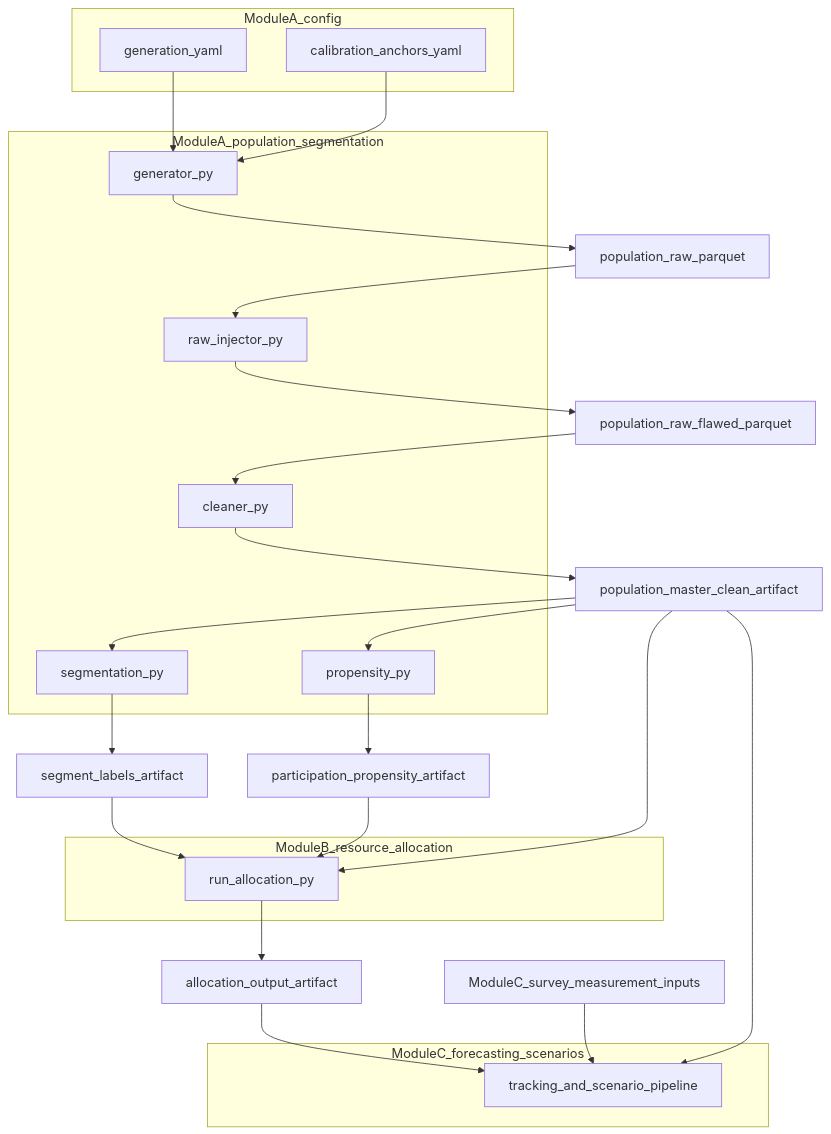
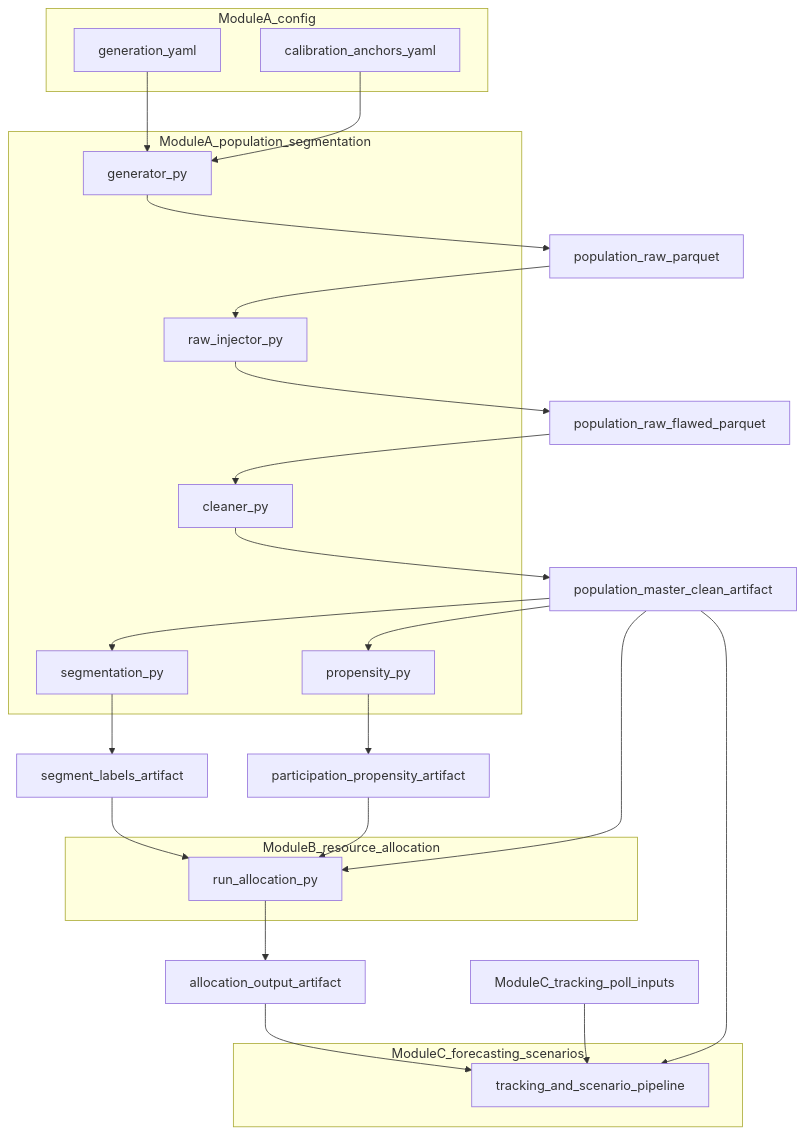
Before and after one commit to RafaelBraga-Kribitz/decision-analytics-reconstruction: the first of 2 diagrams in ARCHITECTURE.md, drawn with Mermaid. The commit also changed other lines of this file and 18 other files, not shown here.

````diff
--- a/ARCHITECTURE.md
+++ b/ARCHITECTURE.md
@@ -42,39 +42,39 @@
 ```mermaid
 flowchart TB
   subgraph modA_cfg [ModuleA_config]
     gy[generation_yaml]
     ca[calibration_anchors_yaml]
   end
   subgraph modA_run [ModuleA_population_segmentation]
     gn[generator_py]
     ri[raw_injector_py]
     cl[cleaner_py]
     sg[segmentation_py]
     pr[propensity_py]
   end
   gy --> gn
   ca --> gn
   gn --> araw[population_raw_parquet]
   araw --> ri
   ri --> aflawed[population_raw_flawed_parquet]
   aflawed --> cl
   cl --> pcmc[population_master_clean_artifact]
   pcmc --> sg
   sg --> slab[segment_labels_artifact]
   pcmc --> pr
   pr --> pprop[participation_propensity_artifact]
   subgraph modB [ModuleB_resource_allocation]
     lp[run_allocation_py]
   end
   pcmc --> lp
   slab --> lp
   pprop --> lp
   lp --> aout[allocation_output_artifact]
   subgraph modC [ModuleC_forecasting_scenarios]
     tr[tracking_and_scenario_pipeline]
   end
   aout --> tr
   pcmc --> tr
-  sm_inputs[ModuleC_survey_measurement_inputs]
+  sm_inputs[ModuleC_tracking_poll_inputs]
   sm_inputs --> tr
 ```
````
